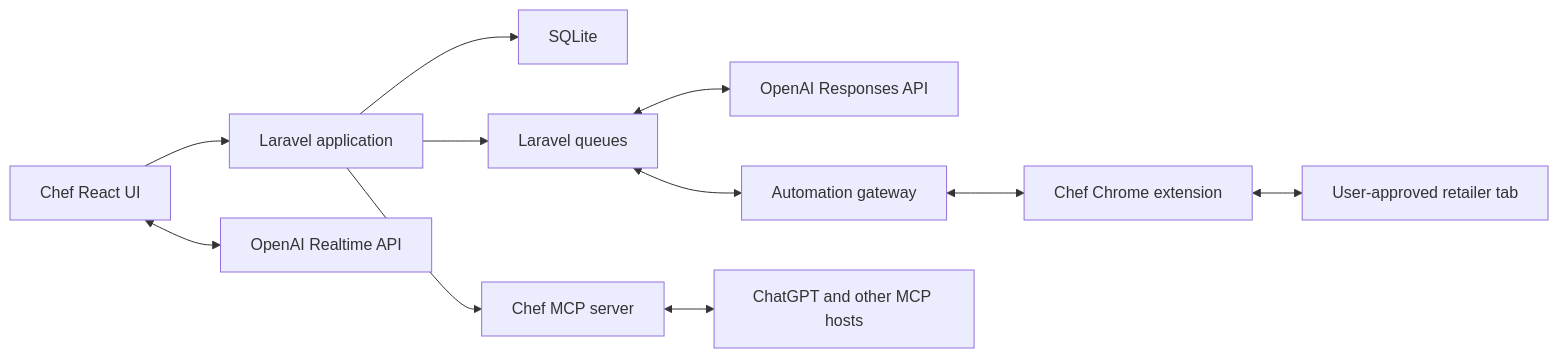
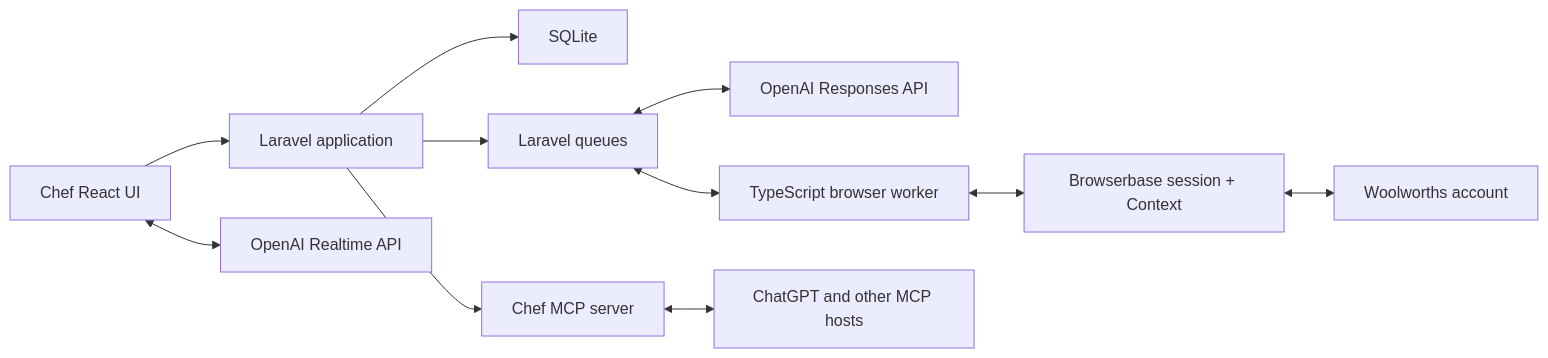
One commit to DanielFerguson/chef changed the diagram in README.md. Above: the diagram before and after it, drawn with Mermaid. The commit also changed other lines of this file and 5 other files, not shown here.

````diff
--- a/README.md
+++ b/README.md
@@ -403,13 +419,13 @@
 ```mermaid
 flowchart LR
     UI["Chef React UI"] --> APP["Laravel application"]
     UI <--> VOICE["OpenAI Realtime API"]
     APP --> DB["SQLite"]
     APP --> QUEUE["Laravel queues"]
     QUEUE <--> RESPONSES["OpenAI Responses API"]
-    QUEUE <--> GATEWAY["Automation gateway"]
-    GATEWAY <--> EXTENSION["Chef Chrome extension"]
-    EXTENSION <--> TAB["User-approved retailer tab"]
+    QUEUE <--> WORKER["TypeScript browser worker"]
+    WORKER <--> BROWSERBASE["Browserbase session + Context"]
+    BROWSERBASE <--> RETAILER["Woolworths account"]
     APP --> MCP["Chef MCP server"]
     MCP <--> HOSTS["ChatGPT and other MCP hosts"]
 ```
````
